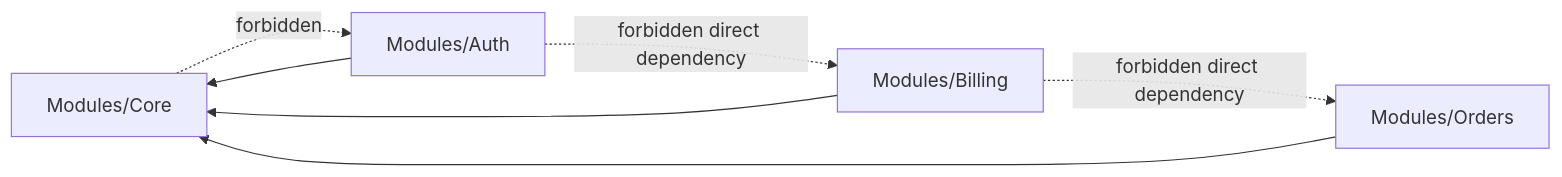
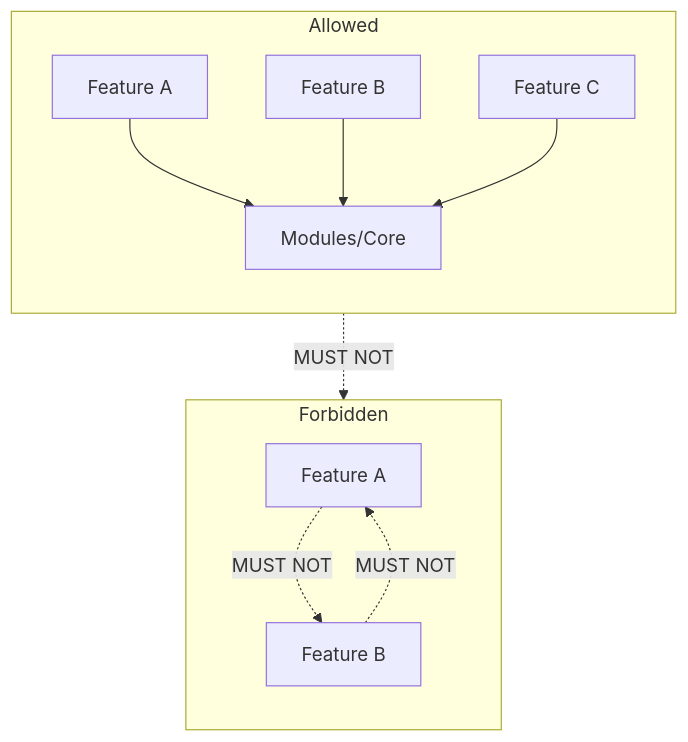
Before and after one commit to jooservices/XCrawlerII: the diagram in docs/architecture/01-module-boundaries-and-dependencies.md, drawn with Mermaid. The commit also changed other lines of this file and 17 other files, not shown here.

Commit message:
chore(core): close audit gaps for tests and architecture docs

````diff
--- a/docs/architecture/01-module-boundaries-and-dependencies.md
+++ b/docs/architecture/01-module-boundaries-and-dependencies.md
@@ -4,15 +29,22 @@
 ```mermaid
-flowchart LR
-    Core[Modules/Core]
-    Auth[Modules/Auth]
-    Billing[Modules/Billing]
-    Orders[Modules/Orders]
+flowchart TB
+    subgraph Allowed
+        direction TB
+        F1[Feature A]
+        F2[Feature B]
+        F3[Feature C]
+        Core[Modules/Core]
+        F1 --> Core
+        F2 --> Core
+        F3 --> Core
+    end
 
-    Auth --> Core
-    Billing --> Core
-    Orders --> Core
-
-    Auth -. forbidden direct dependency .-> Billing
-    Billing -. forbidden direct dependency .-> Orders
-    Core -. forbidden .-> Auth
+    subgraph Forbidden
+        direction TB
+        FA[Feature A]
+        FB[Feature B]
+        FA -.->|"MUST NOT"| FB
+        FB -.->|"MUST NOT"| FA
+        Core -.->|"MUST NOT"| FA
+    end
 ```
````
